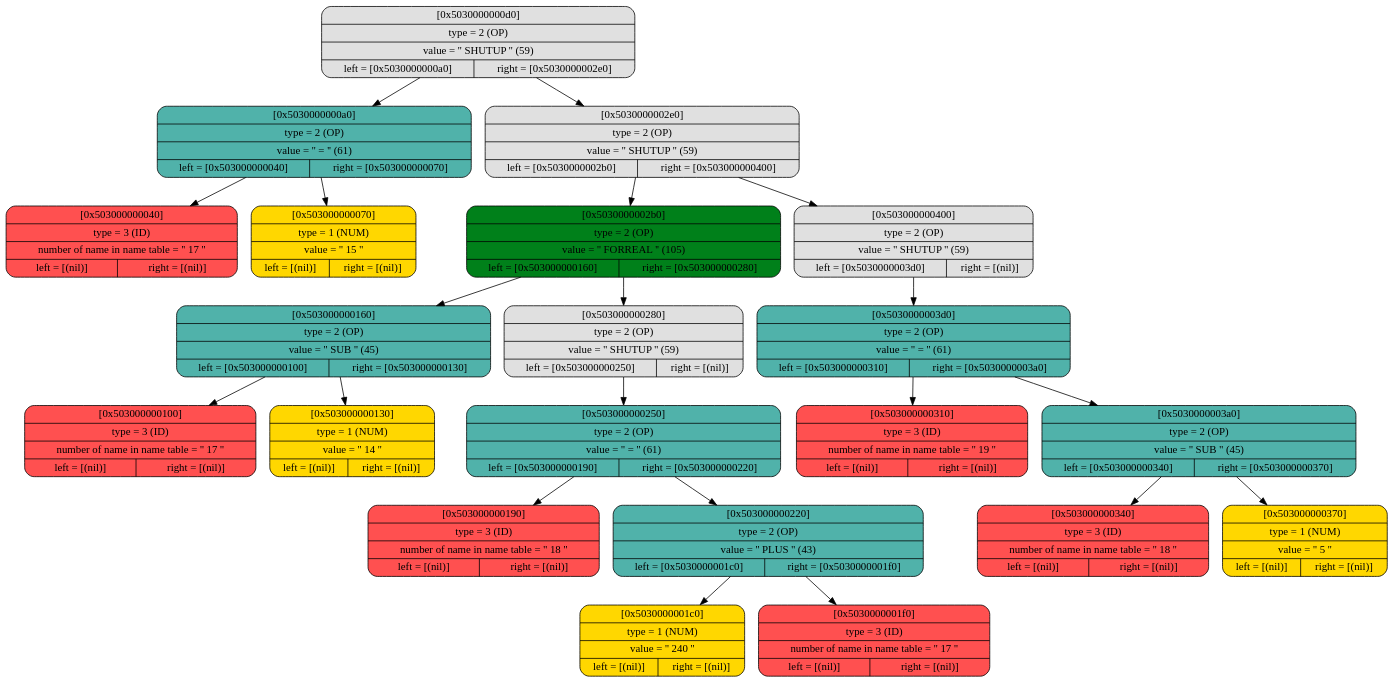
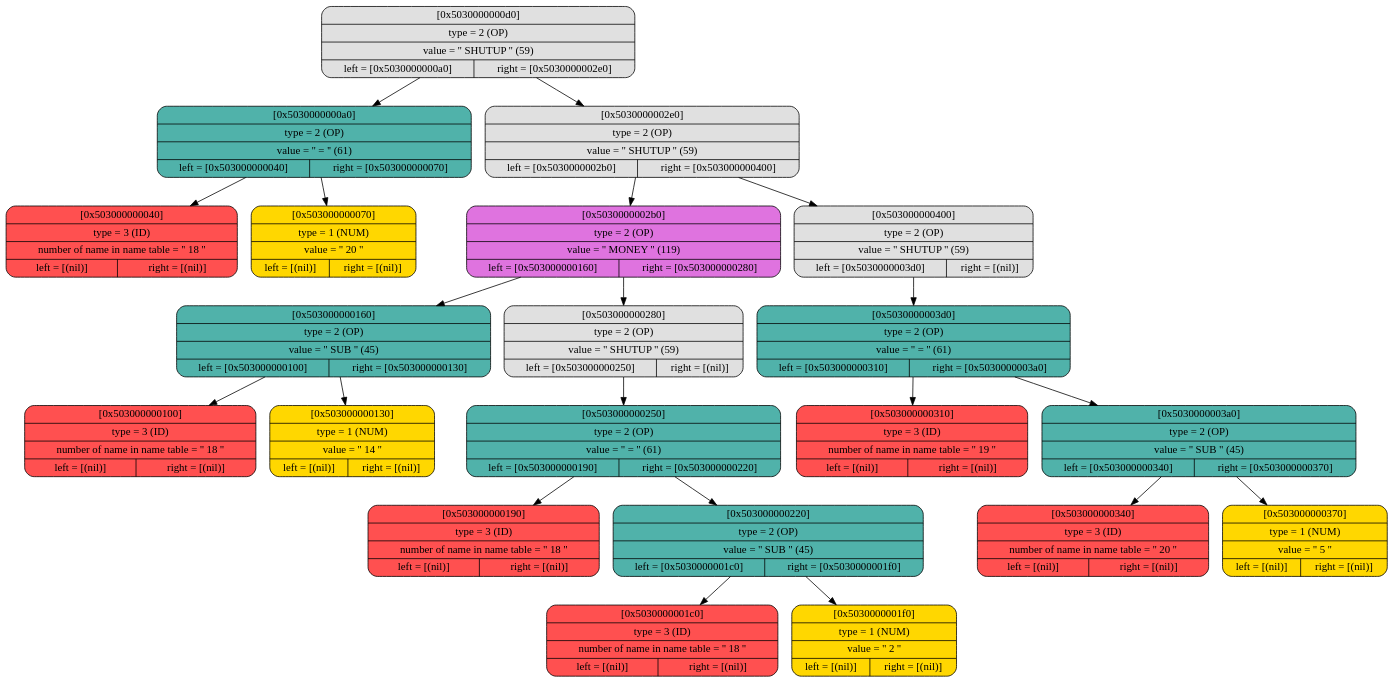
One commit to daniilgriga/MyProgrammingLanguage changed the diagram in build/graph_tree.dot. Above: the diagram before and after it, drawn with Graphviz. The commit also changed 10 other files, not shown here.

```diff
--- a/build/graph_tree.dot
+++ b/build/graph_tree.dot
@@ -1,46 +1,46 @@
 digraph
 {
 bgcolor="transparent"
 node0x5030000000d0 [shape=Mrecord; label = " { [0x5030000000d0] | type = 2 (OP)   | value = '' SHUTUP ''  (59) | { left = [0x5030000000a0] | right = [0x5030000002e0] } }"; style = filled; fillcolor = "#E0E0E0"];
 node0x5030000000d0 -> node0x5030000000a0;
 node0x5030000000d0 -> node0x5030000002e0;
 node0x5030000000a0 [shape=Mrecord; label = " { [0x5030000000a0] | type = 2 (OP)   | value = '' = ''  (61) | { left = [0x503000000040] | right = [0x503000000070] } }"; style = filled; fillcolor = "#50B2AA"];
 node0x5030000000a0 -> node0x503000000040;
 node0x5030000000a0 -> node0x503000000070;
-node0x503000000040 [shape=Mrecord; label = " { [0x503000000040] | type = 3 (ID)   | number of name in name table = '' 17 '' | { left = [(nil)] | right = [(nil)] } }"; style = filled; fillcolor = "#FF5050"];
-node0x503000000070 [shape=Mrecord; label = " { [0x503000000070] | type = 1 (NUM)  | value = '' 15 ''  | { left = [(nil)] | right = [(nil)] } }"; style = filled; fillcolor = "#FFD700"];
+node0x503000000040 [shape=Mrecord; label = " { [0x503000000040] | type = 3 (ID)   | number of name in name table = '' 18 '' | { left = [(nil)] | right = [(nil)] } }"; style = filled; fillcolor = "#FF5050"];
+node0x503000000070 [shape=Mrecord; label = " { [0x503000000070] | type = 1 (NUM)  | value = '' 20 ''  | { left = [(nil)] | right = [(nil)] } }"; style = filled; fillcolor = "#FFD700"];
 node0x5030000002e0 [shape=Mrecord; label = " { [0x5030000002e0] | type = 2 (OP)   | value = '' SHUTUP ''  (59) | { left = [0x5030000002b0] | right = [0x503000000400] } }"; style = filled; fillcolor = "#E0E0E0"];
 node0x5030000002e0 -> node0x5030000002b0;
 node0x5030000002e0 -> node0x503000000400;
-node0x5030000002b0 [shape=Mrecord; label = " { [0x5030000002b0] | type = 2 (OP)   | value = '' FORREAL ''  (105) | { left = [0x503000000160] | right = [0x503000000280] } }"; style = filled; fillcolor = "#00801A"];
+node0x5030000002b0 [shape=Mrecord; label = " { [0x5030000002b0] | type = 2 (OP)   | value = '' MONEY ''  (119) | { left = [0x503000000160] | right = [0x503000000280] } }"; style = filled; fillcolor = "#DF73DF"];
 node0x5030000002b0 -> node0x503000000160;
 node0x5030000002b0 -> node0x503000000280;
 node0x503000000160 [shape=Mrecord; label = " { [0x503000000160] | type = 2 (OP)   | value = '' SUB ''  (45) | { left = [0x503000000100] | right = [0x503000000130] } }"; style = filled; fillcolor = "#50B2AA"];
 node0x503000000160 -> node0x503000000100;
 node0x503000000160 -> node0x503000000130;
-node0x503000000100 [shape=Mrecord; label = " { [0x503000000100] | type = 3 (ID)   | number of name in name table = '' 17 '' | { left = [(nil)] | right = [(nil)] } }"; style = filled; fillcolor = "#FF5050"];
+node0x503000000100 [shape=Mrecord; label = " { [0x503000000100] | type = 3 (ID)   | number of name in name table = '' 18 '' | { left = [(nil)] | right = [(nil)] } }"; style = filled; fillcolor = "#FF5050"];
 node0x503000000130 [shape=Mrecord; label = " { [0x503000000130] | type = 1 (NUM)  | value = '' 14 ''  | { left = [(nil)] | right = [(nil)] } }"; style = filled; fillcolor = "#FFD700"];
 node0x503000000280 [shape=Mrecord; label = " { [0x503000000280] | type = 2 (OP)   | value = '' SHUTUP ''  (59) | { left = [0x503000000250] | right = [(nil)] } }"; style = filled; fillcolor = "#E0E0E0"];
 node0x503000000280 -> node0x503000000250;
 node0x503000000250 [shape=Mrecord; label = " { [0x503000000250] | type = 2 (OP)   | value = '' = ''  (61) | { left = [0x503000000190] | right = [0x503000000220] } }"; style = filled; fillcolor = "#50B2AA"];
 node0x503000000250 -> node0x503000000190;
 node0x503000000250 -> node0x503000000220;
 node0x503000000190 [shape=Mrecord; label = " { [0x503000000190] | type = 3 (ID)   | number of name in name table = '' 18 '' | { left = [(nil)] | right = [(nil)] } }"; style = filled; fillcolor = "#FF5050"];
-node0x503000000220 [shape=Mrecord; label = " { [0x503000000220] | type = 2 (OP)   | value = '' PLUS ''  (43) | { left = [0x5030000001c0] | right = [0x5030000001f0] } }"; style = filled; fillcolor = "#50B2AA"];
+node0x503000000220 [shape=Mrecord; label = " { [0x503000000220] | type = 2 (OP)   | value = '' SUB ''  (45) | { left = [0x5030000001c0] | right = [0x5030000001f0] } }"; style = filled; fillcolor = "#50B2AA"];
 node0x503000000220 -> node0x5030000001c0;
 node0x503000000220 -> node0x5030000001f0;
-node0x5030000001c0 [shape=Mrecord; label = " { [0x5030000001c0] | type = 1 (NUM)  | value = '' 240 ''  | { left = [(nil)] | right = [(nil)] } }"; style = filled; fillcolor = "#FFD700"];
-node0x5030000001f0 [shape=Mrecord; label = " { [0x5030000001f0] | type = 3 (ID)   | number of name in name table = '' 17 '' | { left = [(nil)] | right = [(nil)] } }"; style = filled; fillcolor = "#FF5050"];
+node0x5030000001c0 [shape=Mrecord; label = " { [0x5030000001c0] | type = 3 (ID)   | number of name in name table = '' 18 '' | { left = [(nil)] | right = [(nil)] } }"; style = filled; fillcolor = "#FF5050"];
+node0x5030000001f0 [shape=Mrecord; label = " { [0x5030000001f0] | type = 1 (NUM)  | value = '' 2 ''  | { left = [(nil)] | right = [(nil)] } }"; style = filled; fillcolor = "#FFD700"];
 node0x503000000400 [shape=Mrecord; label = " { [0x503000000400] | type = 2 (OP)   | value = '' SHUTUP ''  (59) | { left = [0x5030000003d0] | right = [(nil)] } }"; style = filled; fillcolor = "#E0E0E0"];
 node0x503000000400 -> node0x5030000003d0;
 node0x5030000003d0 [shape=Mrecord; label = " { [0x5030000003d0] | type = 2 (OP)   | value = '' = ''  (61) | { left = [0x503000000310] | right = [0x5030000003a0] } }"; style = filled; fillcolor = "#50B2AA"];
 node0x5030000003d0 -> node0x503000000310;
 node0x5030000003d0 -> node0x5030000003a0;
 node0x503000000310 [shape=Mrecord; label = " { [0x503000000310] | type = 3 (ID)   | number of name in name table = '' 19 '' | { left = [(nil)] | right = [(nil)] } }"; style = filled; fillcolor = "#FF5050"];
 node0x5030000003a0 [shape=Mrecord; label = " { [0x5030000003a0] | type = 2 (OP)   | value = '' SUB ''  (45) | { left = [0x503000000340] | right = [0x503000000370] } }"; style = filled; fillcolor = "#50B2AA"];
 node0x5030000003a0 -> node0x503000000340;
 node0x5030000003a0 -> node0x503000000370;
-node0x503000000340 [shape=Mrecord; label = " { [0x503000000340] | type = 3 (ID)   | number of name in name table = '' 18 '' | { left = [(nil)] | right = [(nil)] } }"; style = filled; fillcolor = "#FF5050"];
+node0x503000000340 [shape=Mrecord; label = " { [0x503000000340] | type = 3 (ID)   | number of name in name table = '' 20 '' | { left = [(nil)] | right = [(nil)] } }"; style = filled; fillcolor = "#FF5050"];
 node0x503000000370 [shape=Mrecord; label = " { [0x503000000370] | type = 1 (NUM)  | value = '' 5 ''  | { left = [(nil)] | right = [(nil)] } }"; style = filled; fillcolor = "#FFD700"];
 
 }
```
